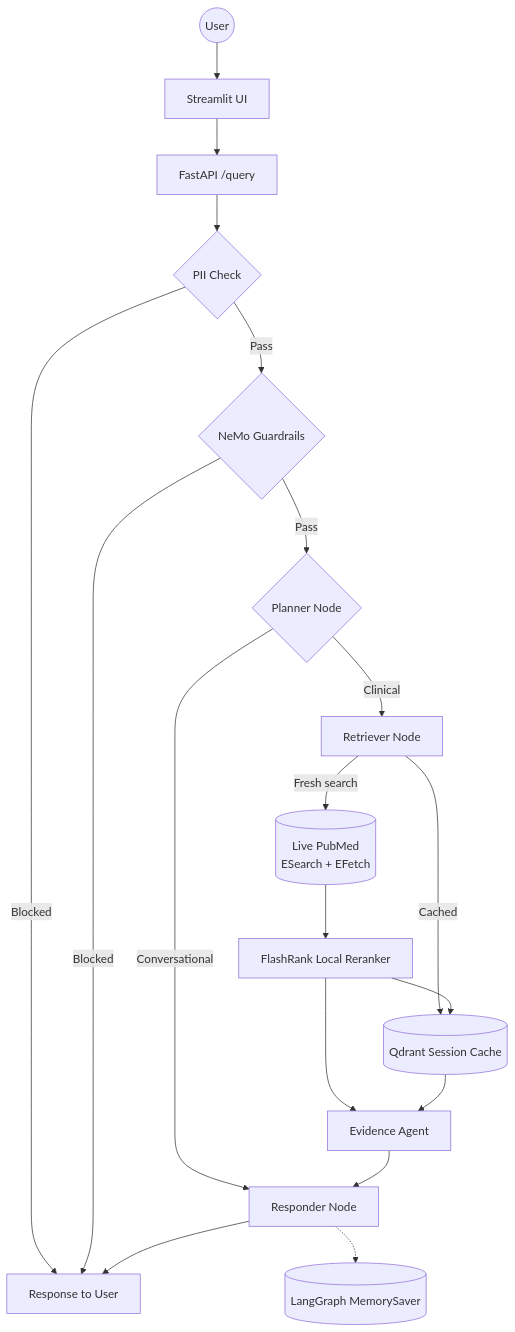
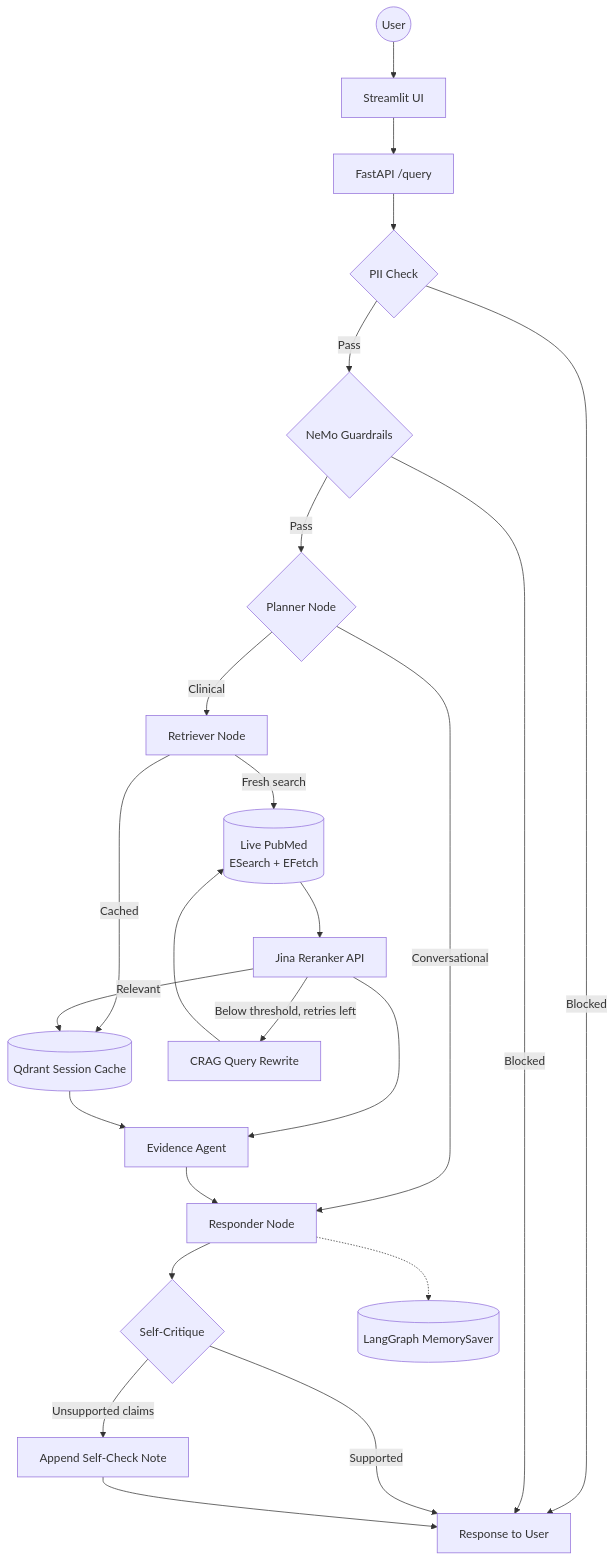
One commit to rahulvansh66/healthcare-research-assistant changed the diagram in README.md. Above: the diagram before and after it, drawn with Mermaid. The commit also changed other lines of this file and 12 other files, not shown here.

First line of the commit message:
feat(retrieval): add CRAG query-rewrite retry and responder self-critique

````diff
--- a/README.md
+++ b/README.md
@@ -27,21 +43,26 @@
 ```mermaid
 graph TD
     User((User)) --> UI[Streamlit UI]
     UI --> API[FastAPI /query]
     API --> PII{PII Check}
     PII -->|Blocked| Response[Response to User]
     PII -->|Pass| Guard{NeMo Guardrails}
     Guard -->|Blocked| Response
     Guard -->|Pass| Planner{Planner Node}
     Planner -->|Conversational| Responder[Responder Node]
     Planner -->|Clinical| Retriever[Retriever Node]
     Retriever -->|Fresh search| PubMed[(Live PubMed\nESearch + EFetch)]
     Retriever -->|Cached| SessionCache[(Qdrant Session Cache)]
-    PubMed --> Reranker[FlashRank Local Reranker]
-    Reranker --> SessionCache
+    PubMed --> Reranker[Jina Reranker API]
+    Reranker -->|Relevant| SessionCache
+    Reranker -->|Below threshold, retries left| Rewrite[CRAG Query Rewrite]
+    Rewrite --> PubMed
     Reranker --> Evidence[Evidence Agent]
     SessionCache --> Evidence
     Evidence --> Responder
-    Responder --> Response
+    Responder --> Critique{Self-Critique}
+    Critique -->|Unsupported claims| Caveat[Append Self-Check Note]
+    Critique -->|Supported| Response
+    Caveat --> Response
     Responder -.-> Memory[(LangGraph MemorySaver)]
 ```
````
